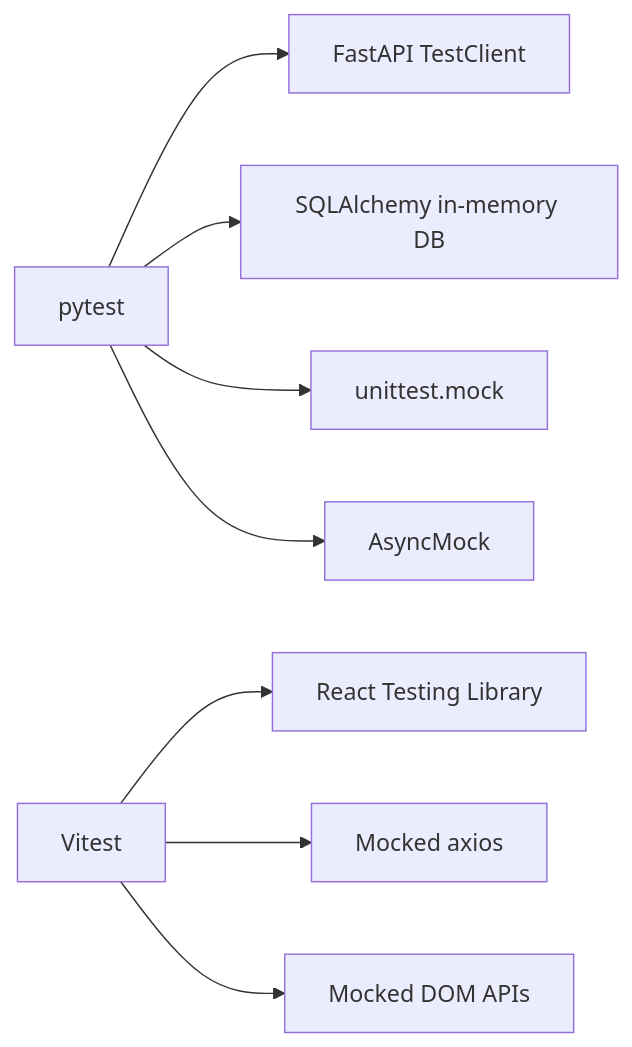
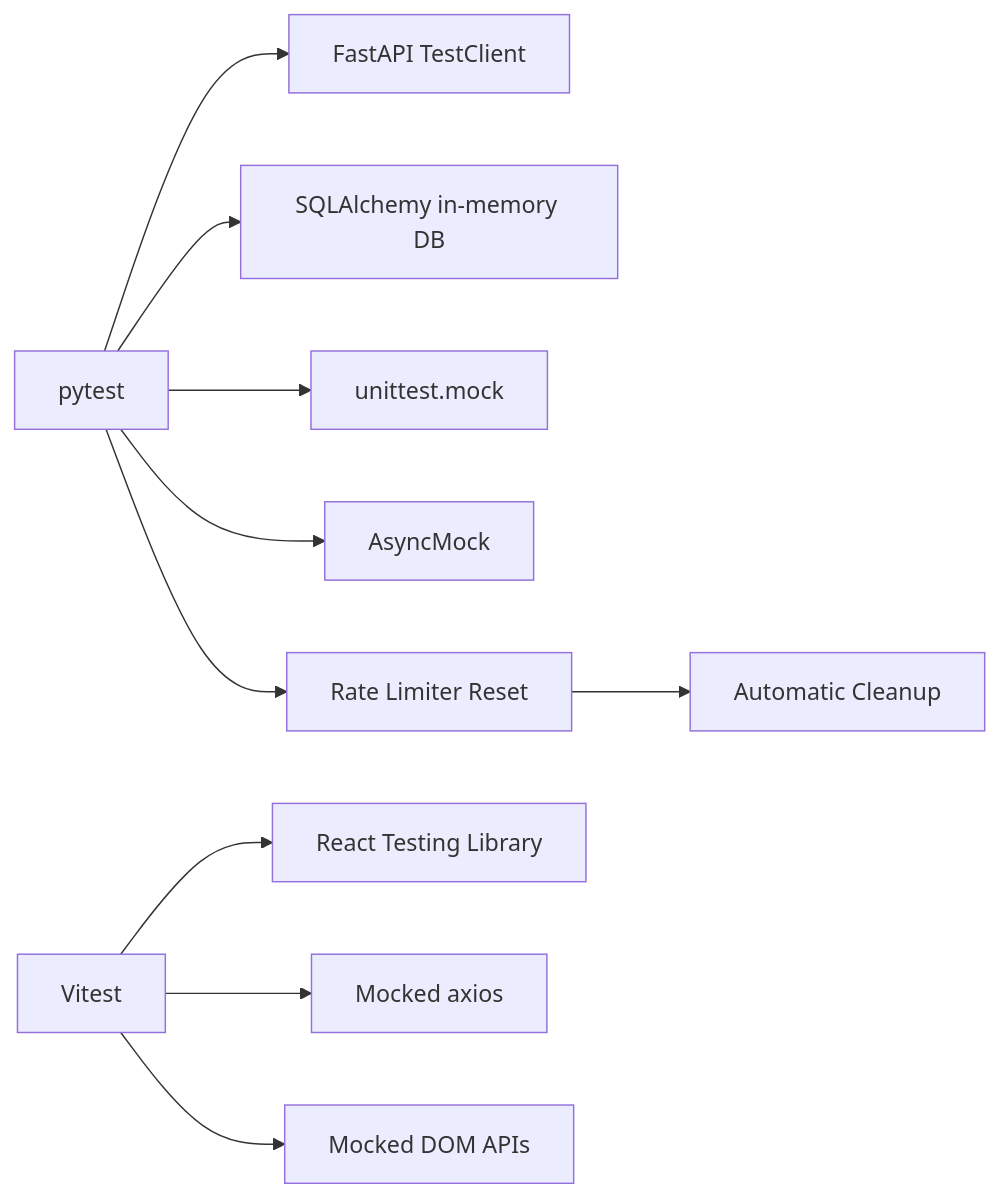
Diagram 15 of 15 in .qoder/repowiki/en/content/Testing Strategy.md (Revanththetalogics/aireume), drawn with Mermaid before and after one commit. The commit also changed other lines of this file and 2 other files, not shown here.

````diff
--- a/.qoder/repowiki/en/content/Testing Strategy.md
+++ b/.qoder/repowiki/en/content/Testing Strategy.md
@@ -872,10 +975,12 @@
 ```mermaid
 graph LR
 Py["pytest"] --> FA["FastAPI TestClient"]
 Py --> SA["SQLAlchemy in-memory DB"]
 Py --> UM["unittest.mock"]
 Py --> AM["AsyncMock"]
+Py --> RL["Rate Limiter Reset"]
 VT["Vitest"] --> RTL["React Testing Library"]
 VT --> AX["Mocked axios"]
 VT --> DOM["Mocked DOM APIs"]
+RL --> AC["Automatic Cleanup"]
 ```
````
